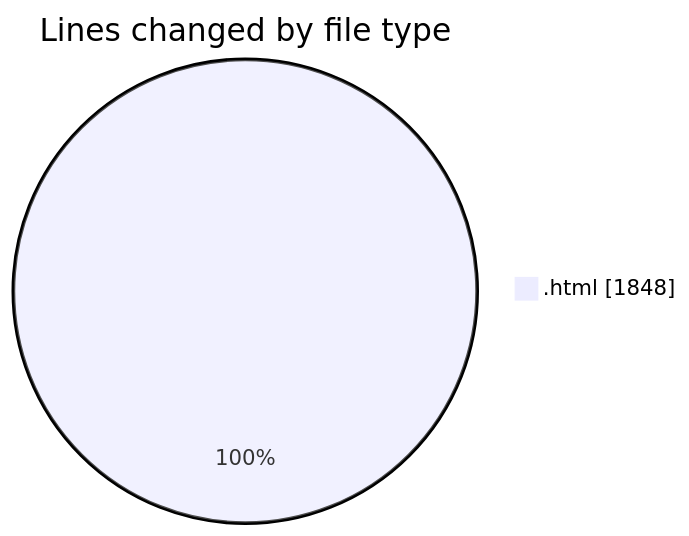
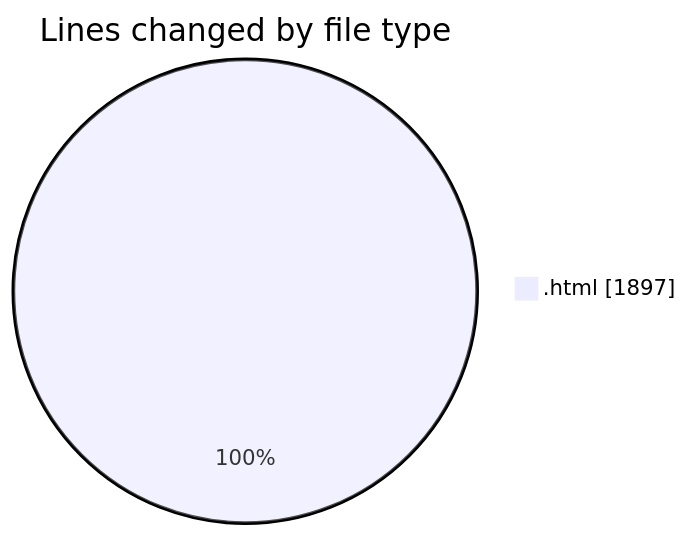
One commit to Ritupan-Deka/code-tracking changed the first of 2 diagrams in 2025-01-28/0starter_files/README.md. Above: the diagram before and after it, drawn with Mermaid. The commit also changed other lines of this file and 1 other file, not shown here.

````diff
--- a/2025-01-28/0starter_files/README.md
+++ b/2025-01-28/0starter_files/README.md
@@ -20,5 +20,5 @@
 ```mermaid
 pie showData
 title Lines changed by file type
-".html" : 1848
+".html" : 1897
 ```
````
